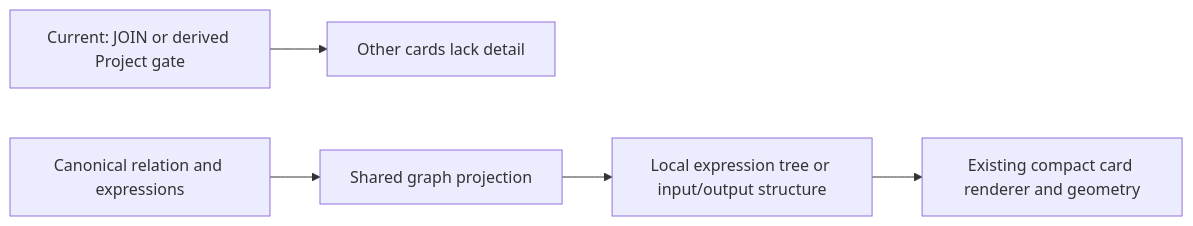
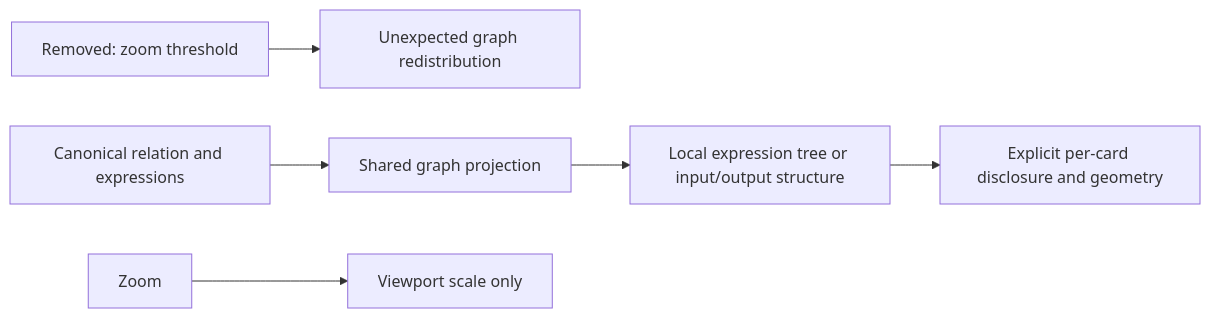
Before and after one commit to dunay2/dvt: the third of 3 diagrams in docs/planning/proposals/mandatory/frontend-and-ux/semantic-field-transformation-stage-plan-20260925.md, drawn with Mermaid. The commit also changed other lines of this file and 35 other files, not shown here.

Commit message:
fix(web): Separate card disclosure from zoom and align drag cursors

````diff
--- a/docs/planning/proposals/mandatory/frontend-and-ux/semantic-field-transformation-stage-plan-20260925.md
+++ b/docs/planning/proposals/mandatory/frontend-and-ux/semantic-field-transformation-stage-plan-20260925.md
@@ -69,7 +69,8 @@
 ```mermaid
 flowchart LR
-  A[Current: JOIN or derived Project gate] --> B[Other cards lack detail]
+  A[Removed: zoom threshold] --> B[Unexpected graph redistribution]
   C[Canonical relation and expressions] --> D[Shared graph projection]
   D --> E[Local expression tree or input/output structure]
-  E --> F[Existing compact card renderer and geometry]
+  E --> F[Explicit per-card disclosure and geometry]
+  Z[Zoom] --> V[Viewport scale only]
 ```
````
